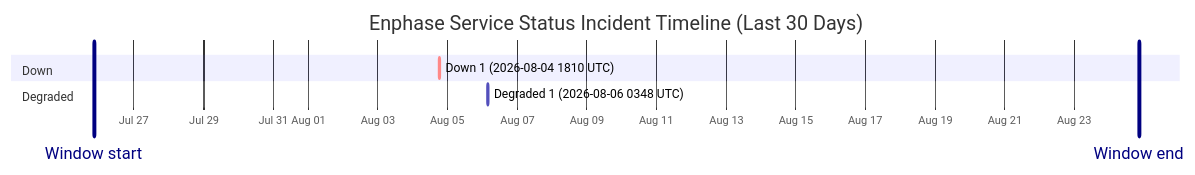
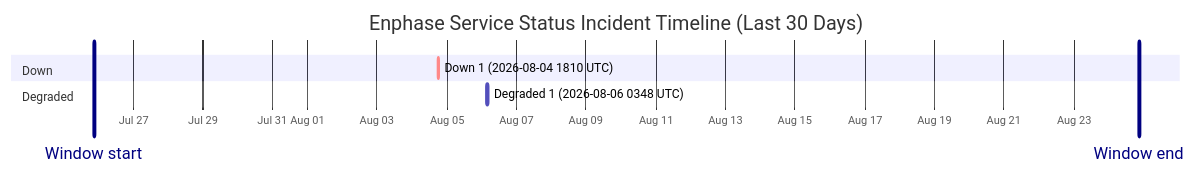
One commit to barneyonline/ha-enphase-energy changed the diagram in wiki/Service-Status-History.md. Above: the diagram before and after it, drawn with Mermaid. The commit also changed other lines of this file and 3 other files, not shown here.

````diff
--- a/wiki/Service-Status-History.md
+++ b/wiki/Service-Status-History.md
@@ -14,12 +14,12 @@
 ```mermaid
 gantt
     title Enphase Service Status Incident Timeline (Last 30 Days)
     dateFormat  YYYY-MM-DDTHH:mm:ss
     axisFormat  %b %d
-    Window start :vert, window-start, 2026-07-25T20:30:07, 0ms
-    Window end :vert, window-end, 2026-08-24T20:30:07, 0ms
+    Window start :vert, window-start, 2026-07-25T21:01:13, 0ms
+    Window end :vert, window-end, 2026-08-24T21:01:13, 0ms
     section Down
     Down 1 (2026-08-04 1810 UTC) :crit, down-1, 2026-08-04T18:10:46, 60m
     section Degraded
     Degraded 1 (2026-08-06 0348 UTC) :active, degraded-1, 2026-08-06T03:48:14, 60m
 ```
````
